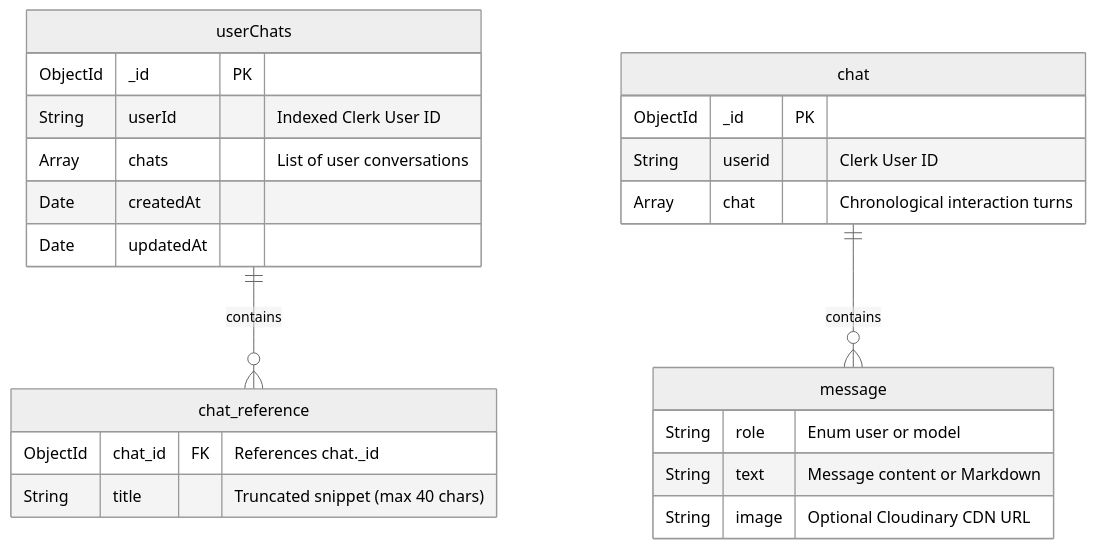
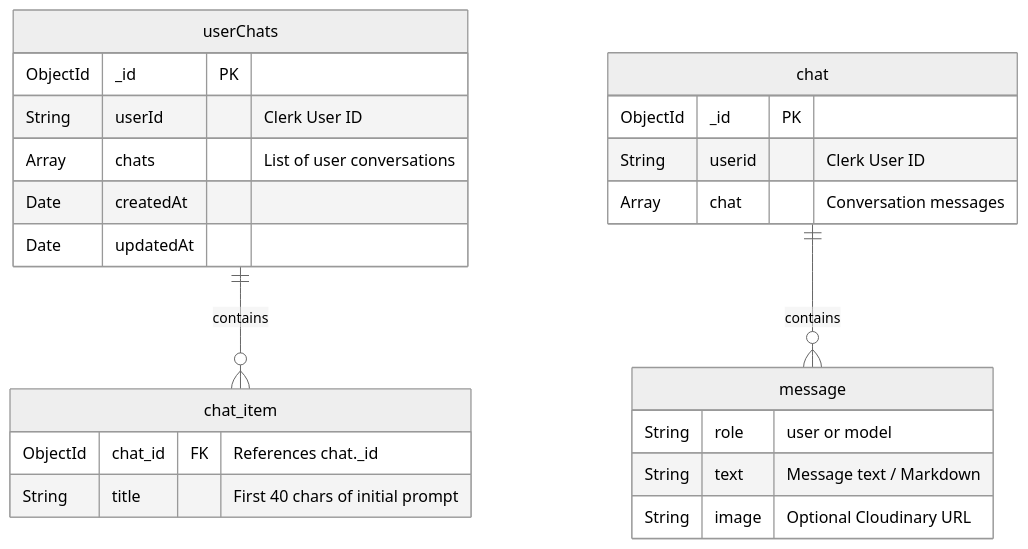
Before and after one commit to Nasif284/Manga.ai_chat_bot: the second of 2 diagrams in Api/README.md, drawn with Mermaid (neutral theme). The commit also changed other lines of this file and 3 other files, not shown here.

````diff
--- a/Api/README.md
+++ b/Api/README.md
@@ -90,29 +81,29 @@
 ```mermaid
 erDiagram
     userChats {
         ObjectId _id PK
-        String userId "Indexed Clerk User ID"
+        String userId "Clerk User ID"
         Array chats "List of user conversations"
         Date createdAt
         Date updatedAt
     }
 
-    userChats ||--o{ chat_reference : contains
-    chat_reference {
+    userChats ||--o{ chat_item : contains
+    chat_item {
         ObjectId chat_id FK "References chat._id"
-        String title "Truncated snippet (max 40 chars)"
+        String title "First 40 chars of initial prompt"
     }
 
     chat {
         ObjectId _id PK
         String userid "Clerk User ID"
-        Array chat "Chronological interaction turns"
+        Array chat "Conversation messages"
     }
 
     chat ||--o{ message : contains
     message {
-        String role "Enum user or model"
-        String text "Message content or Markdown"
-        String image "Optional Cloudinary CDN URL"
+        String role "user or model"
+        String text "Message text / Markdown"
+        String image "Optional Cloudinary URL"
     }
 ```
````
